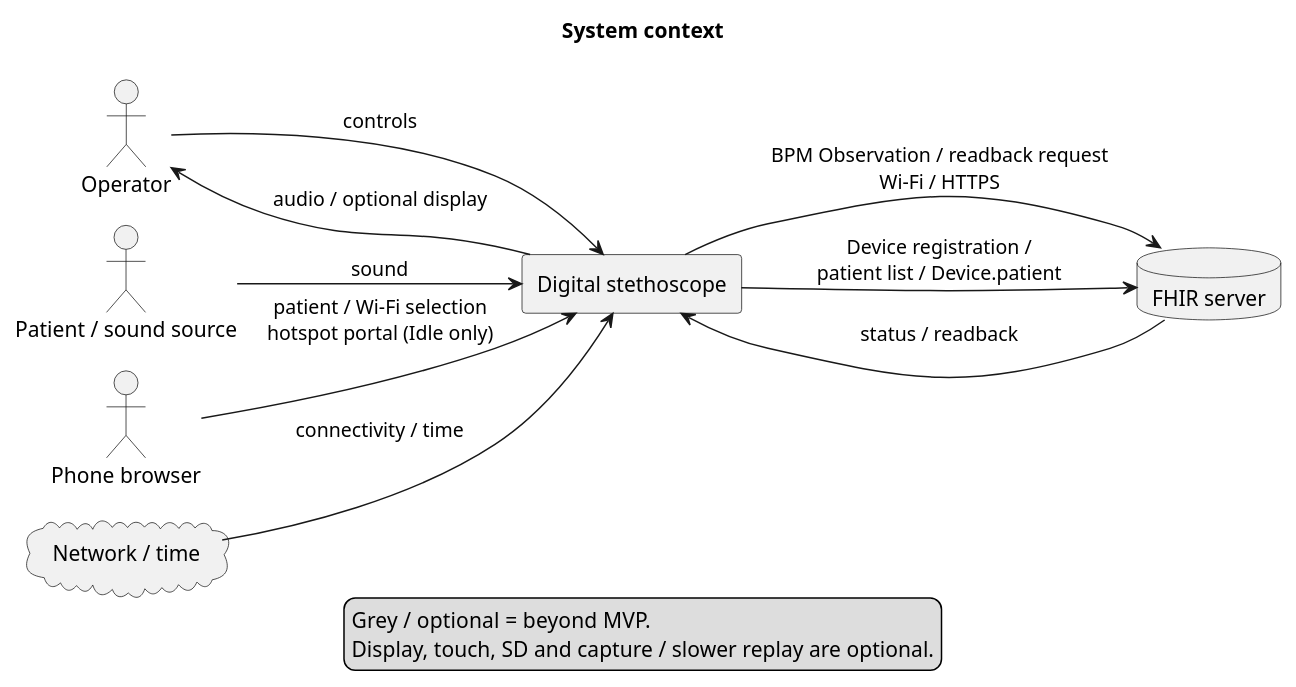
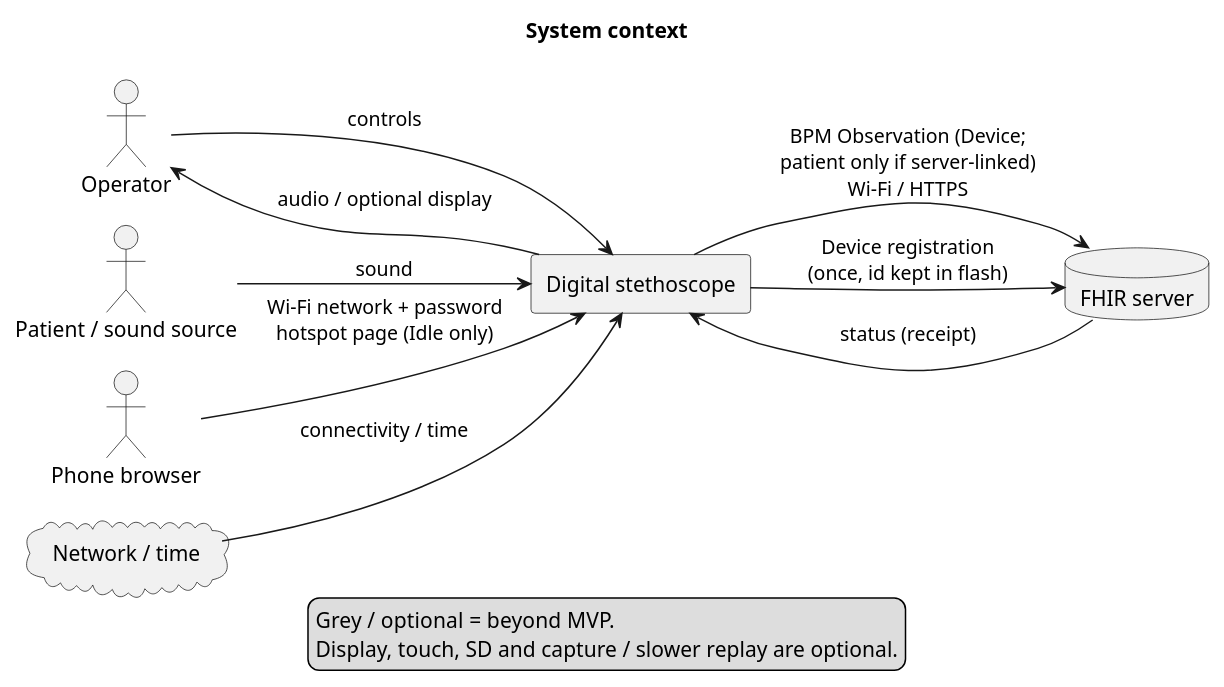
The diagram in Development/system/architecture/system-context.puml (DemonicPsychoII/DigitalStethoscope), drawn with PlantUML before and after one commit. The commit also changed 90 other files, not shown here.

```diff
--- a/Development/system/architecture/system-context.puml
+++ b/Development/system/architecture/system-context.puml
@@ -1,36 +1,36 @@
 @startuml system_context
 !pragma layout smetana
 skinparam shadowing false
 skinparam component {
  BackgroundColor<<optional>> #EEEEEE
  BorderColor<<optional>> #888888
  FontColor<<optional>> #666666
 }
 skinparam artifact {
  BackgroundColor<<optional>> #EEEEEE
  BorderColor<<optional>> #888888
  FontColor<<optional>> #666666
 }
 skinparam componentStyle rectangle
 skinparam defaultFontName SansSerif
 title System context
 left to right direction
 actor "Operator" as operator
 actor "Patient / sound source" as source
 actor "Phone browser" as phone
 rectangle "Digital stethoscope" as device
 database "FHIR server" as fhir
 cloud "Network / time" as net
 source --> device : sound
 operator --> device : controls
 device --> operator : audio / optional display
-device --> fhir : BPM Observation / readback request\nWi-Fi / HTTPS
-fhir --> device : status / readback
+device --> fhir : BPM Observation (Device;\npatient only if server-linked)\nWi-Fi / HTTPS
+fhir --> device : status (receipt)
 net --> device : connectivity / time
-phone --> device : patient / Wi-Fi selection\nhotspot portal (Idle only)
-device --> fhir : Device registration /\npatient list / Device.patient
+phone --> device : Wi-Fi network + password\nhotspot page (Idle only)
+device --> fhir : Device registration\n(once, id kept in flash)
 legend bottom
   Grey / optional = beyond MVP.
   Display, touch, SD and capture / slower replay are optional.
 endlegend
 @enduml
```
